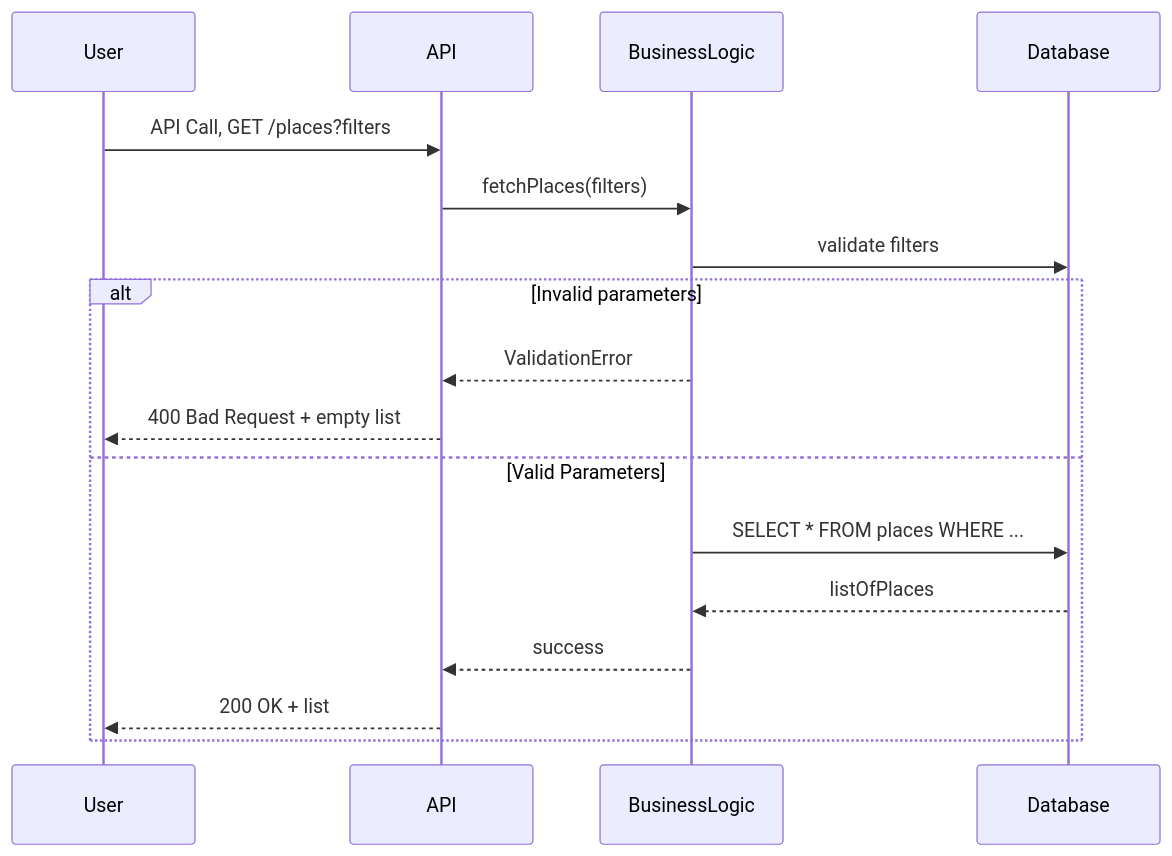
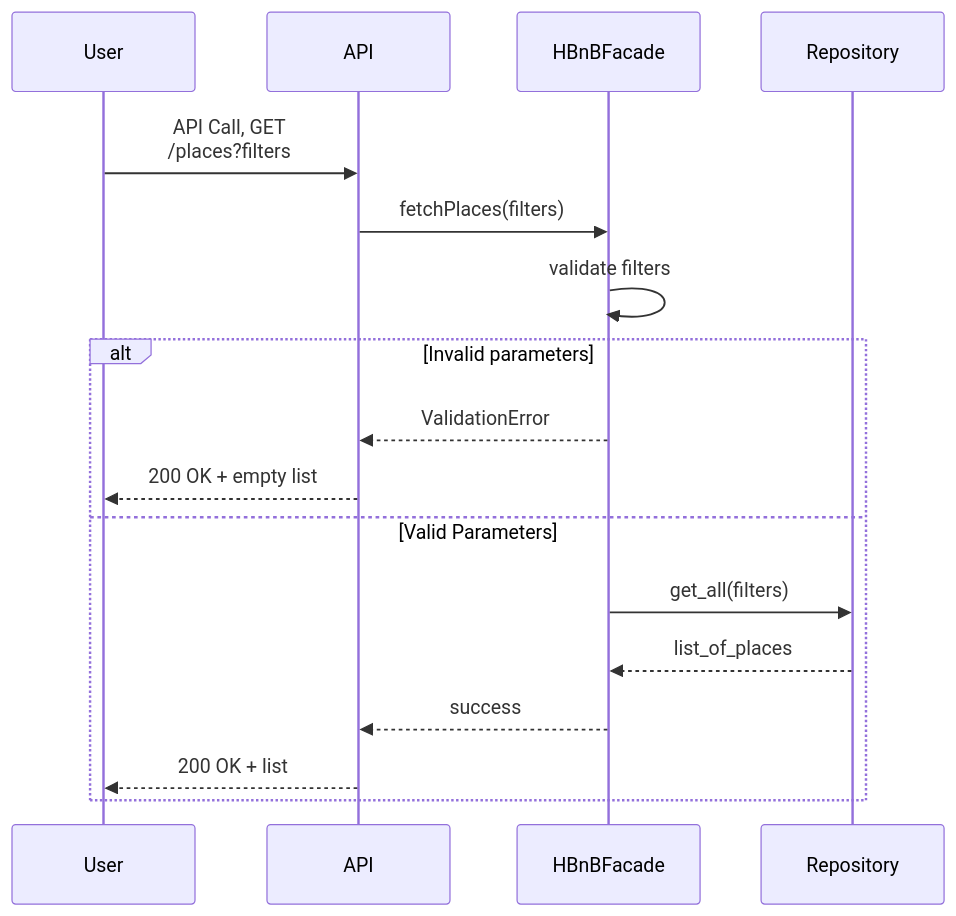
One commit to juliangf94/holbertonschool-hbnb changed the sixth of 6 diagrams in part1/DOCUMENTATION_en.md. Above: the diagram before and after it, drawn with Mermaid. The commit also changed other lines of this file and 11 other files, not shown here.

````diff
--- a/part1/DOCUMENTATION_en.md
+++ b/part1/DOCUMENTATION_en.md
@@ -484,20 +354,22 @@
 ```mermaid
 sequenceDiagram
     participant User
     participant API
-    participant BusinessLogic
-    participant Database
+    participant HBnBFacade
+    participant Repository
 
-    User->>API: API Call, GET /places?filters
-    API->>BusinessLogic: fetchPlaces(filters)
-    BusinessLogic->>Database: validate filters
+    User->>API: API Call, GET <br/>/places?filters
+    API->>HBnBFacade: fetchPlaces(filters)
+    
+    HBnBFacade->>HBnBFacade: validate filters
+
     alt Invalid parameters
-        BusinessLogic-->>API: ValidationError
-        API-->>User: 400 Bad Request + empty list
+        HBnBFacade-->>API: ValidationError
+        API-->>User: 200 OK + empty list
     else Valid Parameters
-        BusinessLogic->>Database: SELECT * FROM places WHERE ...
-        Database-->>BusinessLogic: listOfPlaces
-        BusinessLogic-->>API: success
+        HBnBFacade->>Repository: get_all(filters)
+        Repository-->>HBnBFacade: list_of_places
+        HBnBFacade-->>API: success
         API-->>User: 200 OK + list
     end
 ```
````
